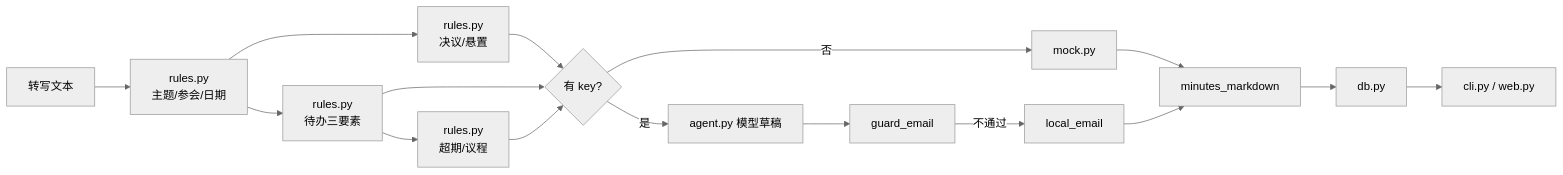
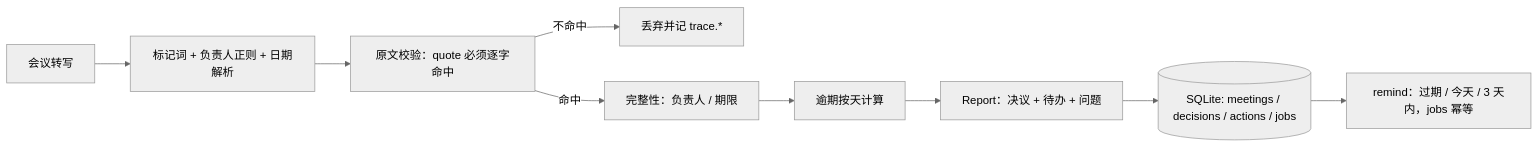
One commit to wushiyi105-jpg/jiyao changed the diagram in README.md. Above: the diagram before and after it, drawn with Mermaid (neutral theme). The commit also changed other lines of this file and 63 other files, not shown here.

````diff
--- a/README.md
+++ b/README.md
@@ -163,18 +88,11 @@
 ```mermaid
 flowchart LR
-    A[转写文本] --> B[rules.py<br/>主题/参会/日期]
-    B --> C[rules.py<br/>决议/悬置]
-    B --> D[rules.py<br/>待办三要素]
-    D --> E[rules.py<br/>超期/议程]
-    C --> F{有 key?}
-    D --> F
-    E --> F
-    F -->|否| G[mock.py]
-    F -->|是| H[agent.py 模型草稿]
-    H --> I[guard_email]
-    I -->|不通过| J[local_email]
-    G --> K[minutes_markdown]
-    J --> K
-    K --> L[db.py]
-    L --> M[cli.py / web.py]
+    A[会议转写] --> B[标记词 + 负责人正则 + 日期解析]
+    B --> C[原文校验：quote 必须逐字命中]
+    C -- 不命中 --> X[丢弃并记 trace.*]
+    C -- 命中 --> D[完整性：负责人 / 期限]
+    D --> E[逾期按天计算]
+    E --> F[Report：决议 + 待办 + 问题]
+    F --> G[(SQLite: meetings / decisions / actions / jobs)]
+    G --> H[remind：过期 / 今天 / 3 天内，jobs 幂等]
 ```
````
